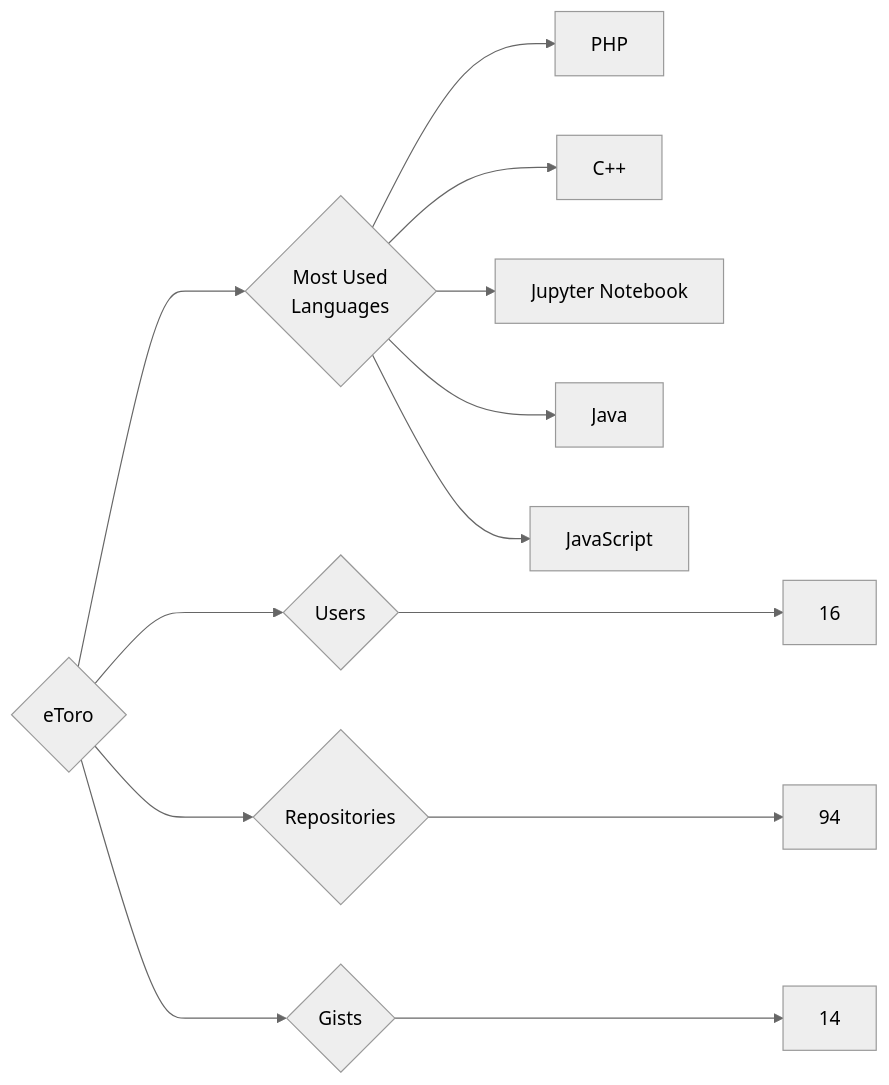
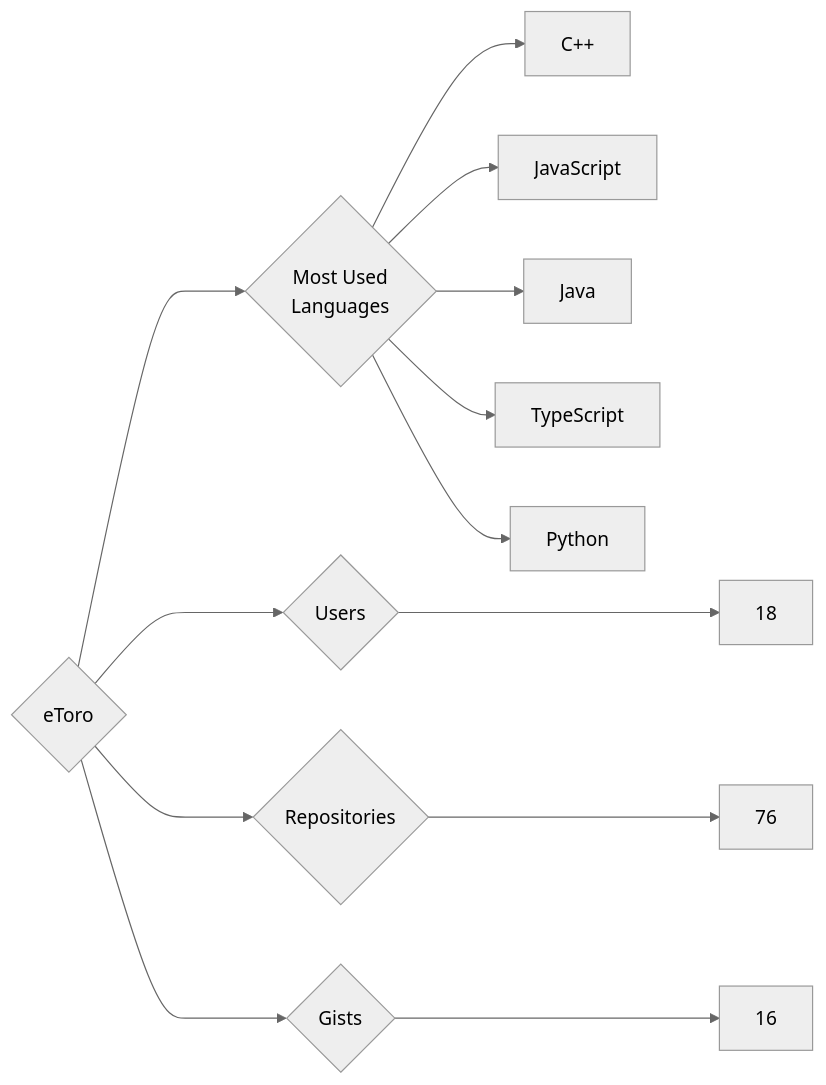
One commit to trickest/insiders changed the diagram in targets/eToro/README.md. Above: the diagram before and after it, drawn with Mermaid (neutral theme). The commit also changed 833 other files, not shown here.

````diff
--- a/targets/eToro/README.md
+++ b/targets/eToro/README.md
@@ -3,13 +3,13 @@
 ```mermaid
 graph LR
 COMPANY_NAME{eToro}
-COMPANY_NAME ---> U{Users} ---> UN[16]
-COMPANY_NAME ---> R{Repositories} ---> RN[94]
-COMPANY_NAME ---> G{Gists} ---> GN[14]
+COMPANY_NAME ---> U{Users} ---> UN[18]
+COMPANY_NAME ---> R{Repositories} ---> RN[76]
+COMPANY_NAME ---> G{Gists} ---> GN[16]
 COMPANY_NAME ---> ML{Most Used<br>Languages}
-ML --> PHP[PHP]
 ML --> C++[C++]
-ML --> Jupyter_Notebook[Jupyter Notebook]
+ML --> JavaScript[JavaScript]
 ML --> Java[Java]
-ML --> JavaScript[JavaScript]
+ML --> TypeScript[TypeScript]
+ML --> Python[Python]
 ```
````
